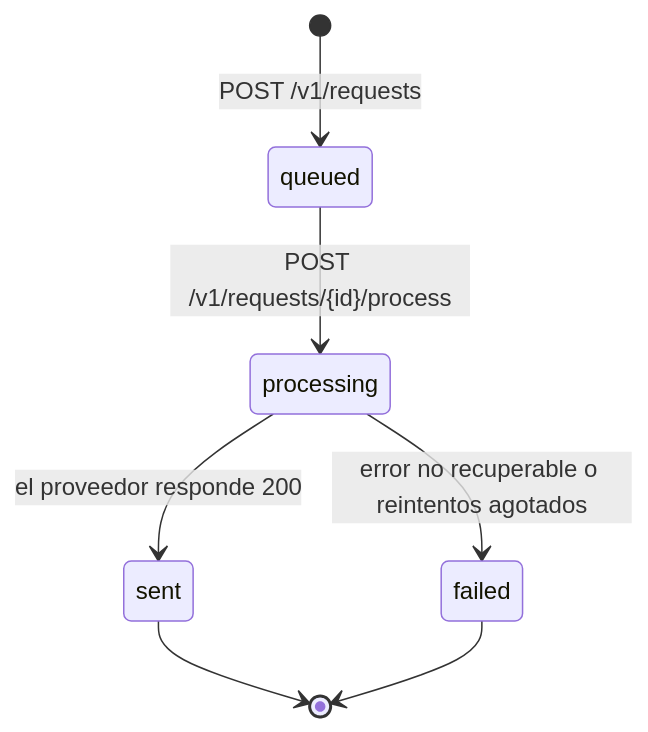
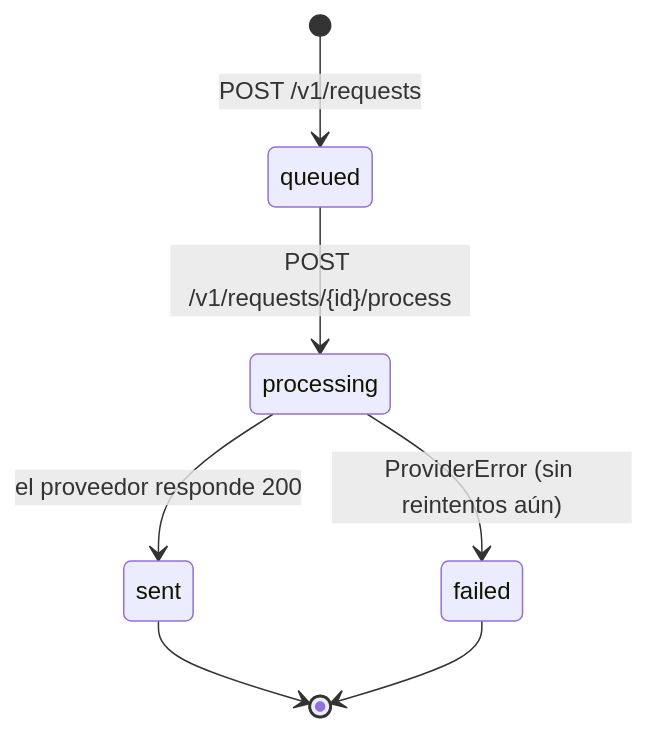
The diagram in README.md (Franziskeer/ams-solutions-prueba-backend-python), drawn with Mermaid before and after one commit. The commit also changed other lines of this file, not shown here.

Commit message:
docs: document processing transitions and domain error mapping

````diff
--- a/README.md
+++ b/README.md
@@ -93,9 +93,9 @@
 ```mermaid
 stateDiagram-v2
     [*] --> queued: POST /v1/requests
     queued --> processing: POST /v1/requests/{id}/process
     processing --> sent: el proveedor responde 200
-    processing --> failed: error no recuperable o reintentos agotados
+    processing --> failed: ProviderError (sin reintentos aún)
     sent --> [*]
     failed --> [*]
 ```
````
